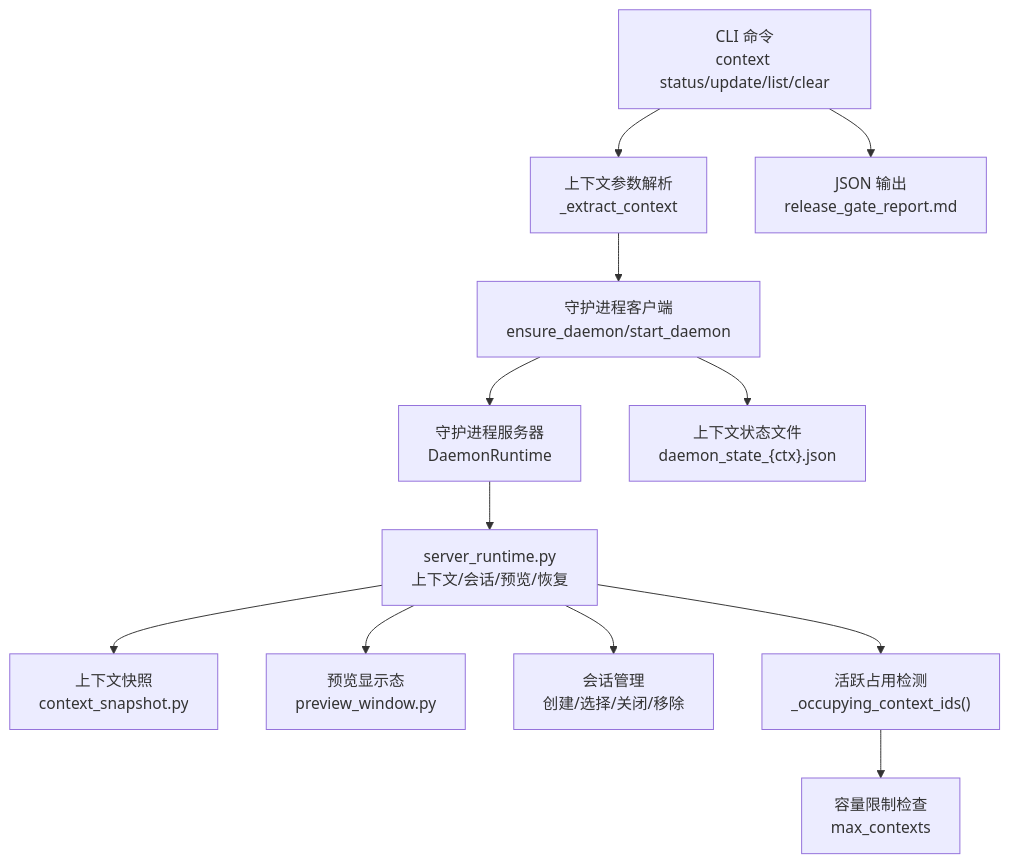
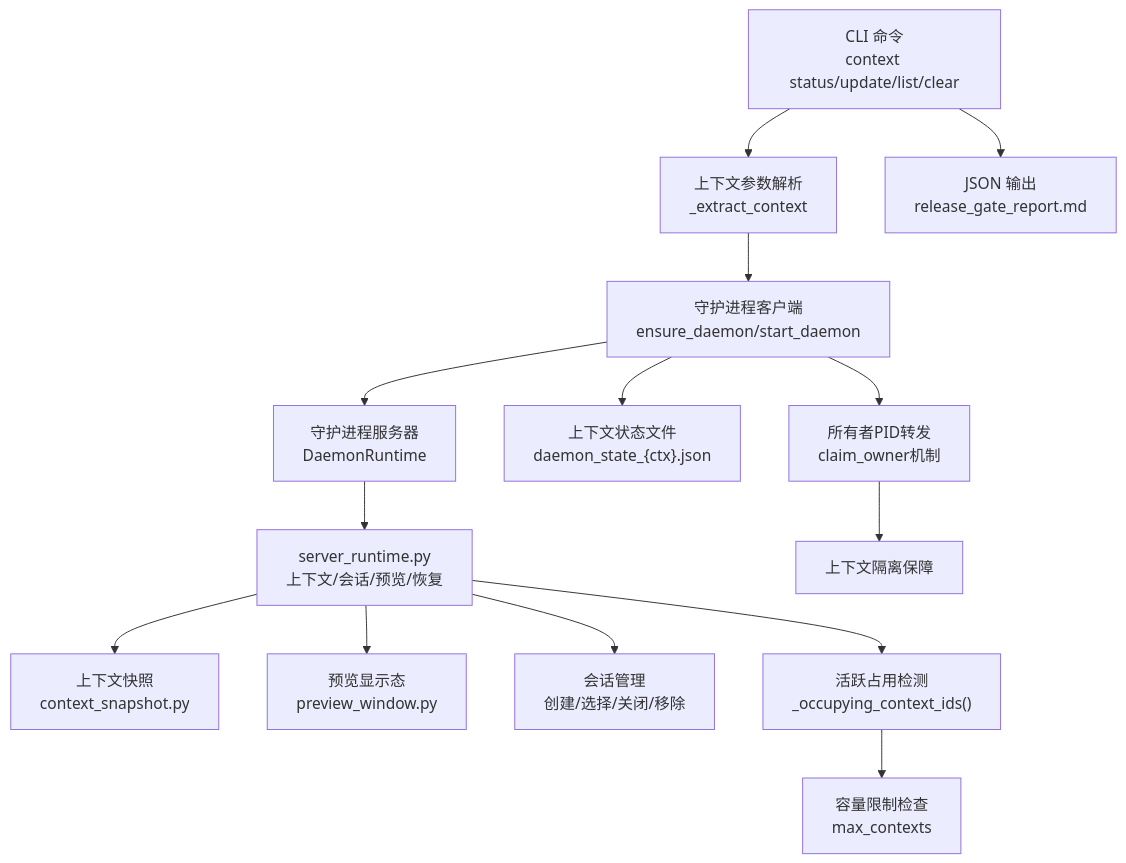
Before and after one commit to haolange/RDC-Tool: the second of 11 diagrams in .qoder/repowiki/zh/content/核心概念/会话模型.md, drawn with Mermaid. The commit also changed other lines of this file and 4 other files, not shown here.

````diff
--- a/.qoder/repowiki/zh/content/核心概念/会话模型.md
+++ b/.qoder/repowiki/zh/content/核心概念/会话模型.md
@@ -128,14 +129,16 @@
 ```mermaid
 graph TB
 CLI["CLI 命令<br/>context status/update/list/clear"] --> PARSE["上下文参数解析<br/>_extract_context"]
 PARSE --> DC["守护进程客户端<br/>ensure_daemon/start_daemon"]
 DC --> DS["守护进程服务器<br/>DaemonRuntime"]
 DS --> SR["server_runtime.py<br/>上下文/会话/预览/恢复"]
 SR --> SNAP["上下文快照<br/>context_snapshot.py"]
 SR --> PREV["预览显示态<br/>preview_window.py"]
 SR --> SESS["会话管理<br/>创建/选择/关闭/移除"]
 CLI --> OUT["JSON 输出<br/>release_gate_report.md"]
 DC --> STATE["上下文状态文件<br/>daemon_state_{ctx}.json"]
 SR --> OCCUPANCY["活跃占用检测<br/>_occupying_context_ids()"]
 OCCUPANCY --> LIMITS["容量限制检查<br/>max_contexts"]
+DC --> OWNER["所有者PID转发<br/>claim_owner机制"]
+OWNER --> ISOLATION["上下文隔离保障"]
 ```
````
